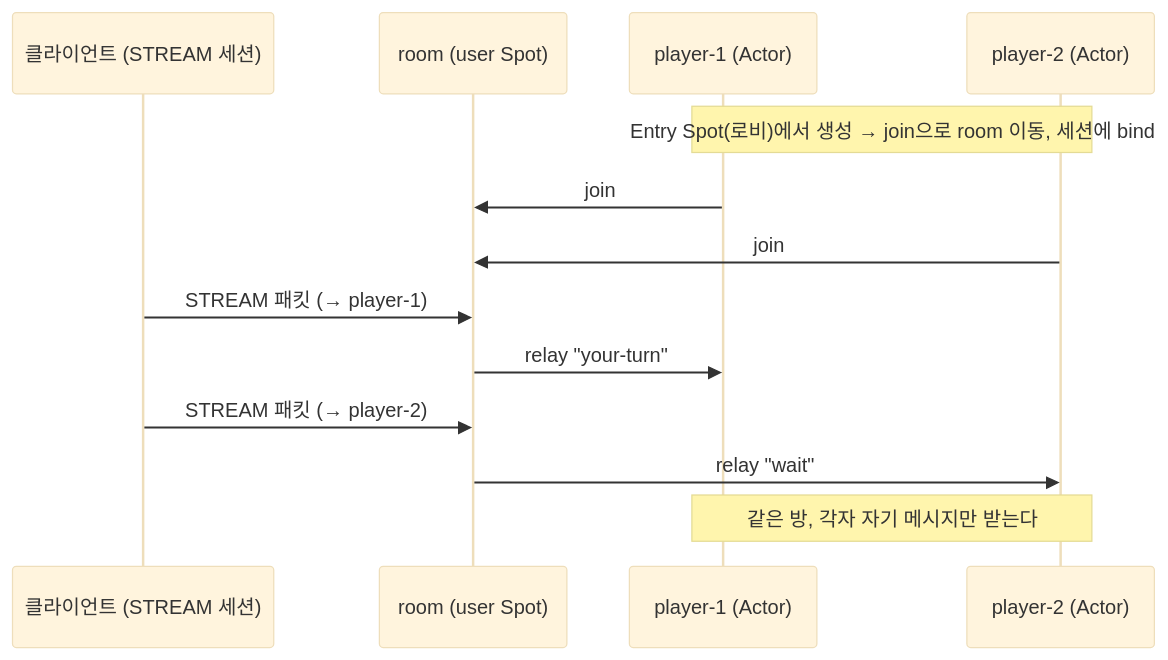
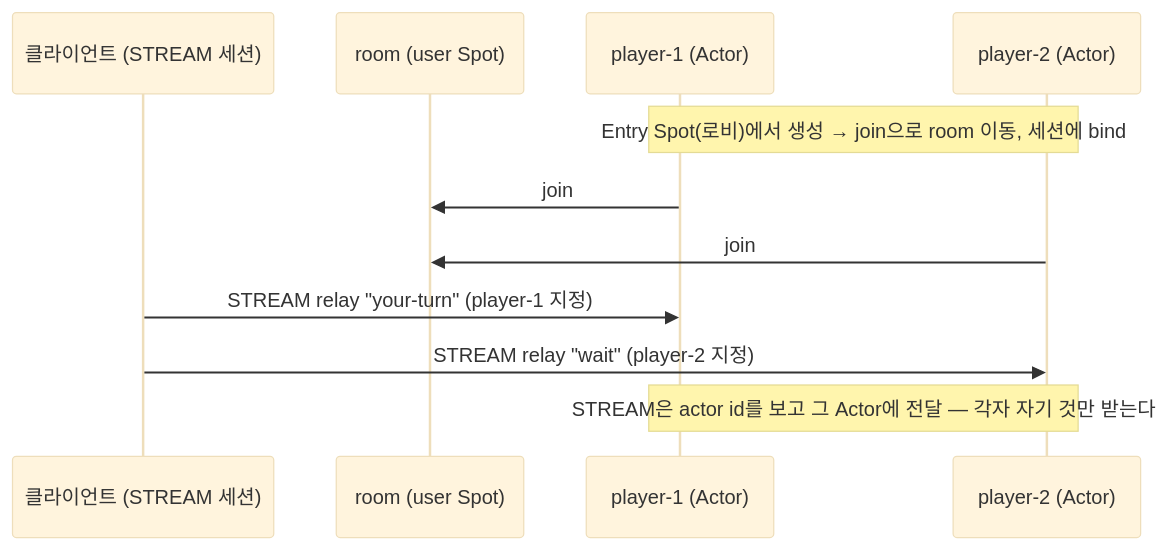
The first of 2 diagrams in doc/site/docs/guide/07-4-actor.ko.md (kairos-code-dev/zlink), drawn with Mermaid (base theme) before and after one commit. The commit also changed other lines of this file, not shown here.

````diff
--- a/doc/site/docs/guide/07-4-actor.ko.md
+++ b/doc/site/docs/guide/07-4-actor.ko.md
@@ -60,16 +61,14 @@
 ```mermaid
 sequenceDiagram
     participant C as 클라이언트 (STREAM 세션)
     participant R as room (user Spot)
     participant P1 as player-1 (Actor)
     participant P2 as player-2 (Actor)
 
     Note over P1,P2: Entry Spot(로비)에서 생성 → join으로 room 이동, 세션에 bind
     P1->>R: join
     P2->>R: join
-    C->>R: STREAM 패킷 (→ player-1)
-    R->>P1: relay "your-turn"
-    C->>R: STREAM 패킷 (→ player-2)
-    R->>P2: relay "wait"
-    Note over P1,P2: 같은 방, 각자 자기 메시지만 받는다
+    C->>P1: STREAM relay "your-turn" (player-1 지정)
+    C->>P2: STREAM relay "wait" (player-2 지정)
+    Note over P1,P2: STREAM은 actor id를 보고 그 Actor에 전달 — 각자 자기 것만 받는다
 ```
````
